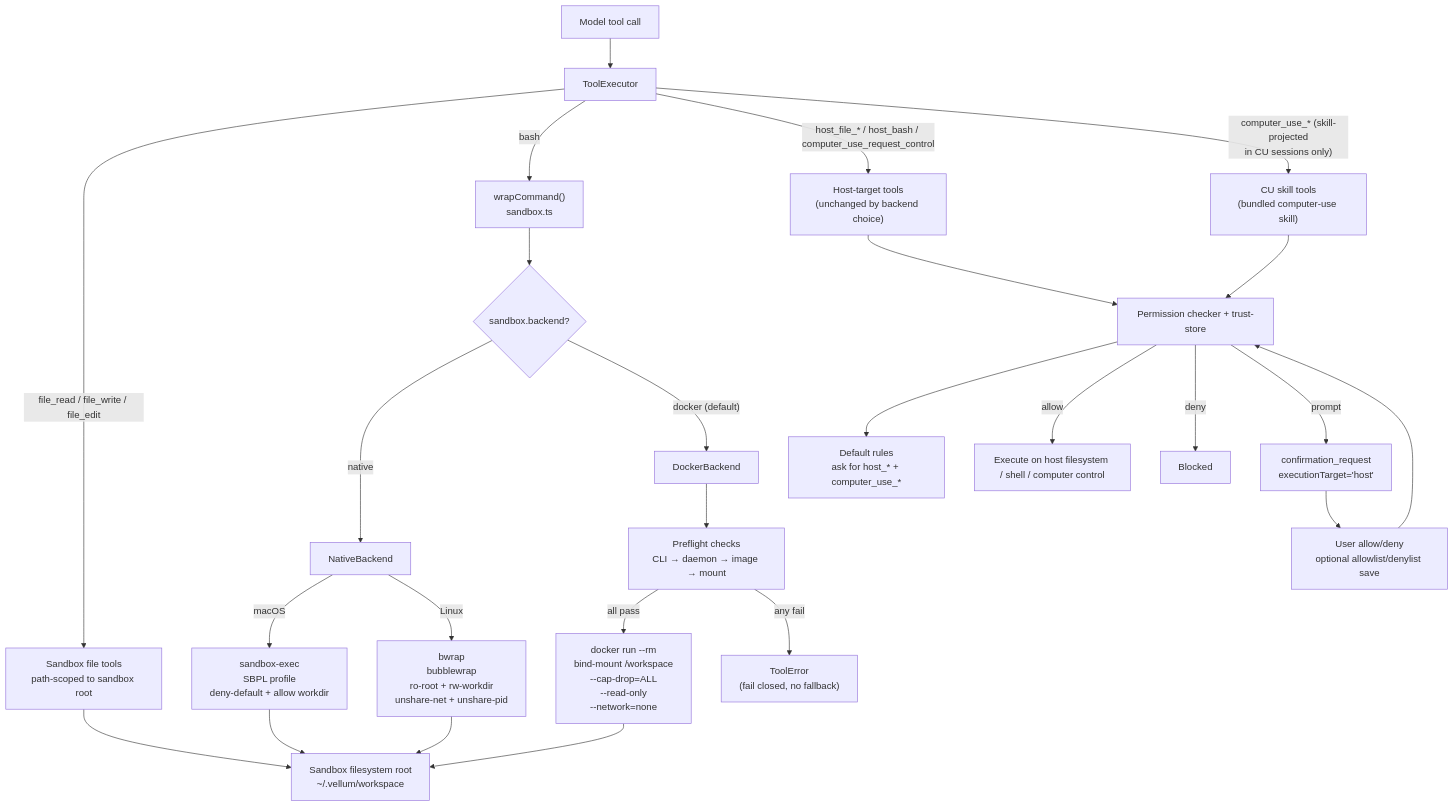
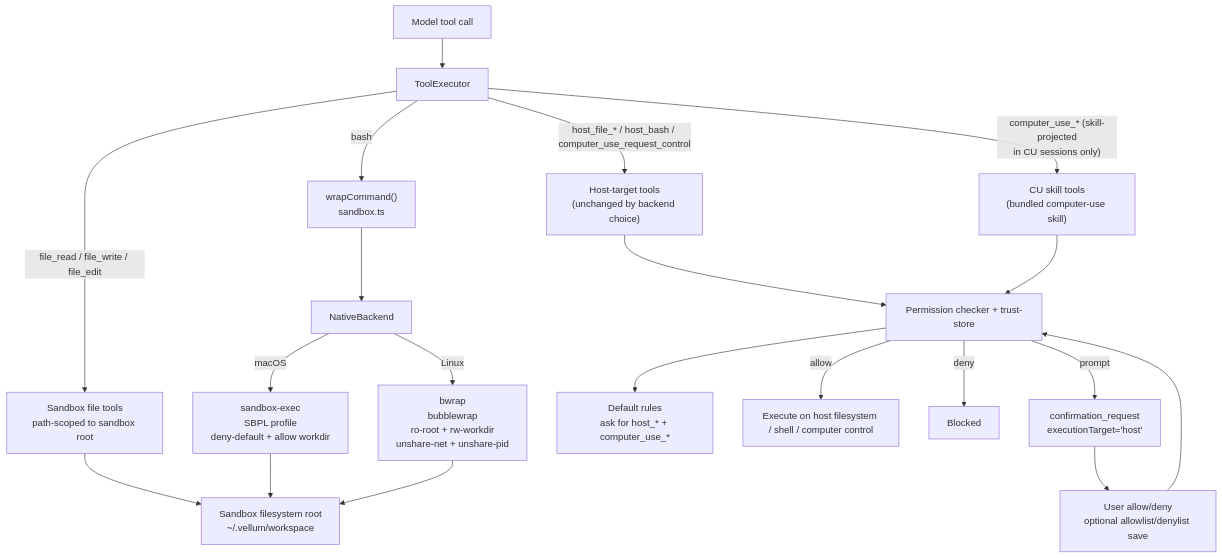
Before and after one commit to vellum-ai/vellum-assistant: the eighth of 19 diagrams in assistant/ARCHITECTURE.md, drawn with Mermaid. The commit also changed other lines of this file and 24 other files, not shown here.

First line of the commit message:
Remove Dockerfile.sandbox and all Docker sandbox backend logic

````diff
--- a/assistant/ARCHITECTURE.md
+++ b/assistant/ARCHITECTURE.md
@@ -774,34 +774,27 @@
 ```mermaid
 graph TB
     CALL["Model tool call"] --> EXEC["ToolExecutor"]
 
     EXEC -->|"file_read / file_write / file_edit"| SB_FILE_TOOLS["Sandbox file tools<br/>path-scoped to sandbox root"]
     SB_FILE_TOOLS --> SB_FS
 
     EXEC -->|"bash"| WRAP["wrapCommand()<br/>sandbox.ts"]
 
-    WRAP --> BACKEND_CHECK{"sandbox.backend?"}
-    BACKEND_CHECK -->|"native"| NATIVE["NativeBackend"]
-    BACKEND_CHECK -->|"docker (default)"| DOCKER["DockerBackend"]
+    WRAP --> NATIVE["NativeBackend"]
 
     NATIVE -->|"macOS"| SBPL["sandbox-exec<br/>SBPL profile<br/>deny-default + allow workdir"]
     NATIVE -->|"Linux"| BWRAP["bwrap<br/>bubblewrap<br/>ro-root + rw-workdir<br/>unshare-net + unshare-pid"]
     SBPL --> SB_FS["Sandbox filesystem root<br/>~/.vellum/workspace"]
     BWRAP --> SB_FS
-
-    DOCKER --> PREFLIGHT["Preflight checks<br/>CLI → daemon → image → mount"]
-    PREFLIGHT -->|"all pass"| CONTAINER["docker run --rm<br/>bind-mount /workspace<br/>--cap-drop=ALL<br/>--read-only<br/>--network=none"]
-    PREFLIGHT -->|"any fail"| FAIL_CLOSED["ToolError<br/>(fail closed, no fallback)"]
-    CONTAINER --> SB_FS
 
     EXEC -->|"host_file_* / host_bash / computer_use_request_control"| HOST_TOOLS["Host-target tools<br/>(unchanged by backend choice)"]
     EXEC -->|"computer_use_* (skill-projected<br/>in CU sessions only)"| SKILL_CU_TOOLS["CU skill tools<br/>(bundled computer-use skill)"]
     HOST_TOOLS --> CHECK["Permission checker + trust-store"]
     SKILL_CU_TOOLS --> CHECK
     CHECK --> DEFAULTS["Default rules<br/>ask for host_* + computer_use_*"]
     CHECK -->|"allow"| HOST_EXEC["Execute on host filesystem / shell / computer control"]
     CHECK -->|"deny"| BLOCK["Blocked"]
     CHECK -->|"prompt"| PROMPT["confirmation_request<br/>executionTarget='host'"]
     PROMPT --> USER["User allow/deny<br/>optional allowlist/denylist save"]
     USER --> CHECK
 ```
````
